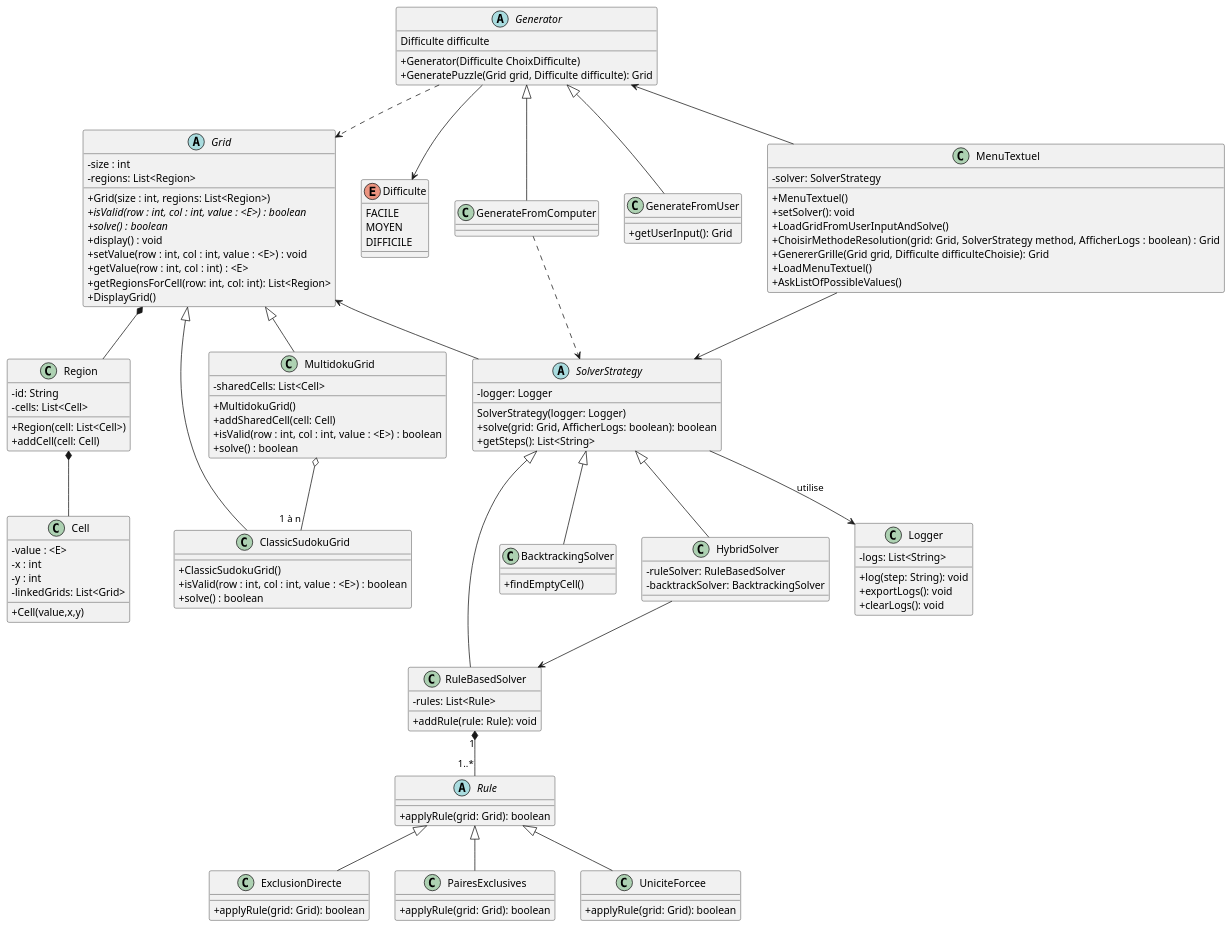
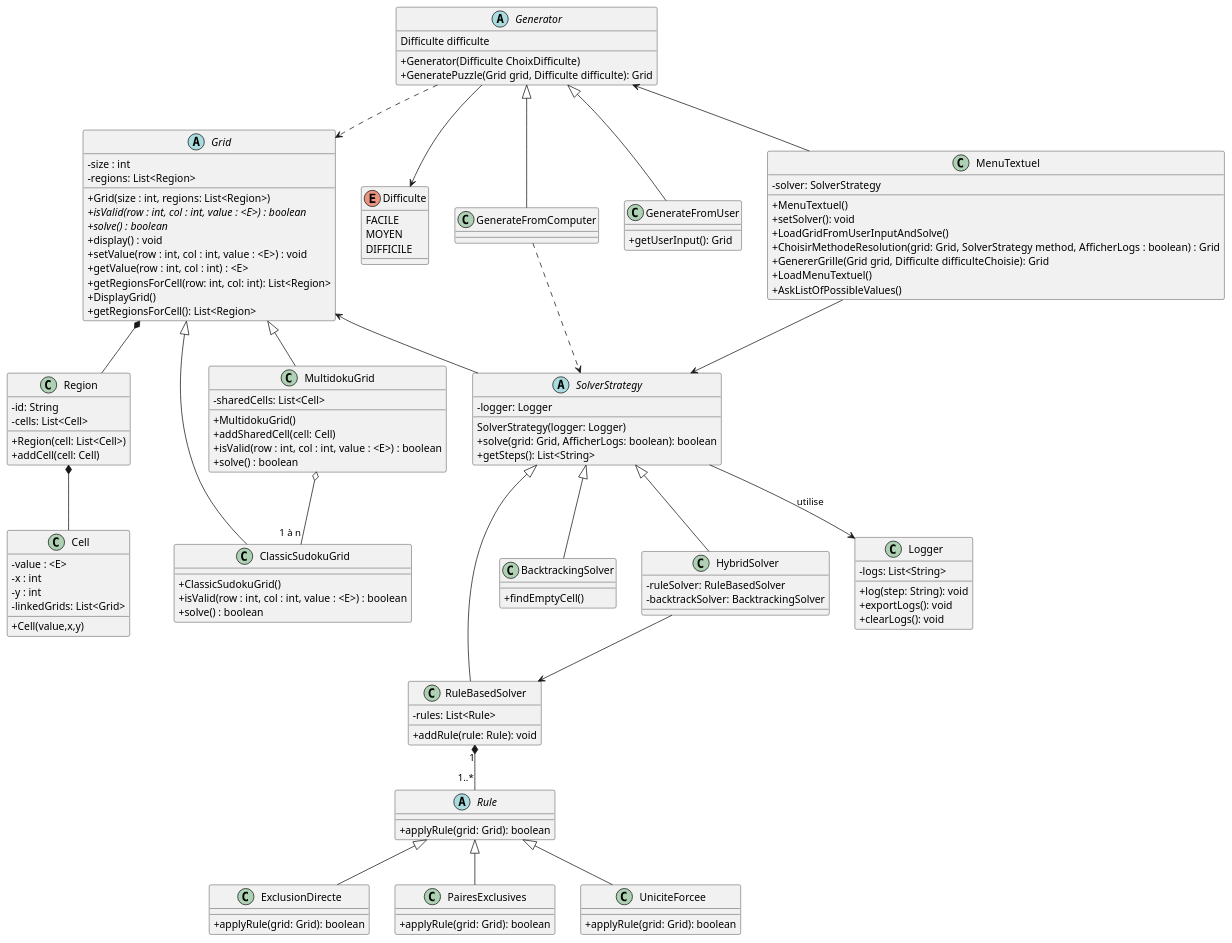
The diagram in ClassDiagram.puml (PolytechLyon/SudokuAPO), drawn with PlantUML before and after one commit. The commit also changed 13 other files, not shown here.

```diff
--- a/ClassDiagram.puml
+++ b/ClassDiagram.puml
@@ -1,148 +1,149 @@
 @startuml
 skinparam classAttributeIconSize 0
 'https://plantuml.com/class-diagram
 
 abstract class Grid{
     - size : int
     - regions: List<Region>
     + Grid(size : int, regions: List<Region>)
     + {abstract} isValid(row : int, col : int, value : <E>) : boolean
     + {abstract} solve() : boolean
     + display() : void
     + setValue(row : int, col : int, value : <E>) : void
     + getValue(row : int, col : int) : <E>
     + getRegionsForCell(row: int, col: int): List<Region>
     + DisplayGrid()
+    + getRegionsForCell(): List<Region>
 }
 
 class Region {
     - id: String
     - cells: List<Cell>
     +Region(cell: List<Cell>)
     + addCell(cell: Cell)
 }
 
 class Cell {
     -value : <E>
     -x : int
     -y : int
     - linkedGrids: List<Grid>
     +Cell(value,x,y)
 }
 
 class ClassicSudokuGrid{
     + ClassicSudokuGrid()
     + isValid(row : int, col : int, value : <E>) : boolean
     + solve() : boolean
 }
 
 class MultidokuGrid{
     - sharedCells: List<Cell>
     + MultidokuGrid()
     + addSharedCell(cell: Cell)
     + isValid(row : int, col : int, value : <E>) : boolean
     + solve() : boolean
 }
 
 abstract class Rule {
     + applyRule(grid: Grid): boolean
 }
 class ExclusionDirecte extends Rule {
     + applyRule(grid: Grid): boolean
 }
 class PairesExclusives extends Rule {
     + applyRule(grid: Grid): boolean
 }
 class UniciteForcee extends Rule {
     + applyRule(grid: Grid): boolean
 }
 
 enum Difficulte{
     FACILE
     MOYEN
     DIFFICILE
 }
 
 Generator --> Difficulte
 
 Abstract class Generator {
     Difficulte difficulte
     + Generator(Difficulte ChoixDifficulte)
     +GeneratePuzzle(Grid grid, Difficulte difficulte): Grid
 }
 Generator ..> Grid
 
 class GenerateFromComputer extends Generator{
 }
 
 class GenerateFromUser extends Generator{
     + getUserInput(): Grid
 }
 
 class MenuTextuel {
     - solver: SolverStrategy
     +MenuTextuel()
     + setSolver(): void
     +LoadGridFromUserInputAndSolve()
     +ChoisirMethodeResolution(grid: Grid, SolverStrategy method, AfficherLogs : boolean) : Grid
     +GenererGrille(Grid grid, Difficulte difficulteChoisie): Grid
     +LoadMenuTextuel()
     +AskListOfPossibleValues()
 }
 
 MenuTextuel --> SolverStrategy
 
 
 
 class RuleBasedSolver {
     - rules: List<Rule>
     + addRule(rule: Rule): void
 }
 
 class BacktrackingSolver {
     +findEmptyCell()
 }
 
 class HybridSolver {
     - ruleSolver: RuleBasedSolver
     - backtrackSolver: BacktrackingSolver
 }
 
 class Logger {
     - logs: List<String>
     + log(step: String): void
     + exportLogs(): void
     + clearLogs(): void
 }
 
 abstract class SolverStrategy {
     - logger: Logger
     SolverStrategy(logger: Logger)
     + solve(grid: Grid, AfficherLogs: boolean): boolean
     + getSteps(): List<String>
 }
 
 SolverStrategy --> Logger : utilise
 
 Generator<--MenuTextuel
 
 Grid <|-- MultidokuGrid
 Grid <|-- ClassicSudokuGrid
 Grid *-- Region
 Grid <-- SolverStrategy
 
 GenerateFromComputer ..> SolverStrategy
 
 MultidokuGrid o-- "1 à n" ClassicSudokuGrid
 
 Region *-- Cell
 
 SolverStrategy <|-- RuleBasedSolver
 SolverStrategy <|-- HybridSolver
 SolverStrategy <|-- BacktrackingSolver
 RuleBasedSolver "1" *-- "1..*" Rule
 HybridSolver --> RuleBasedSolver
 
 
 
 @enduml
```
